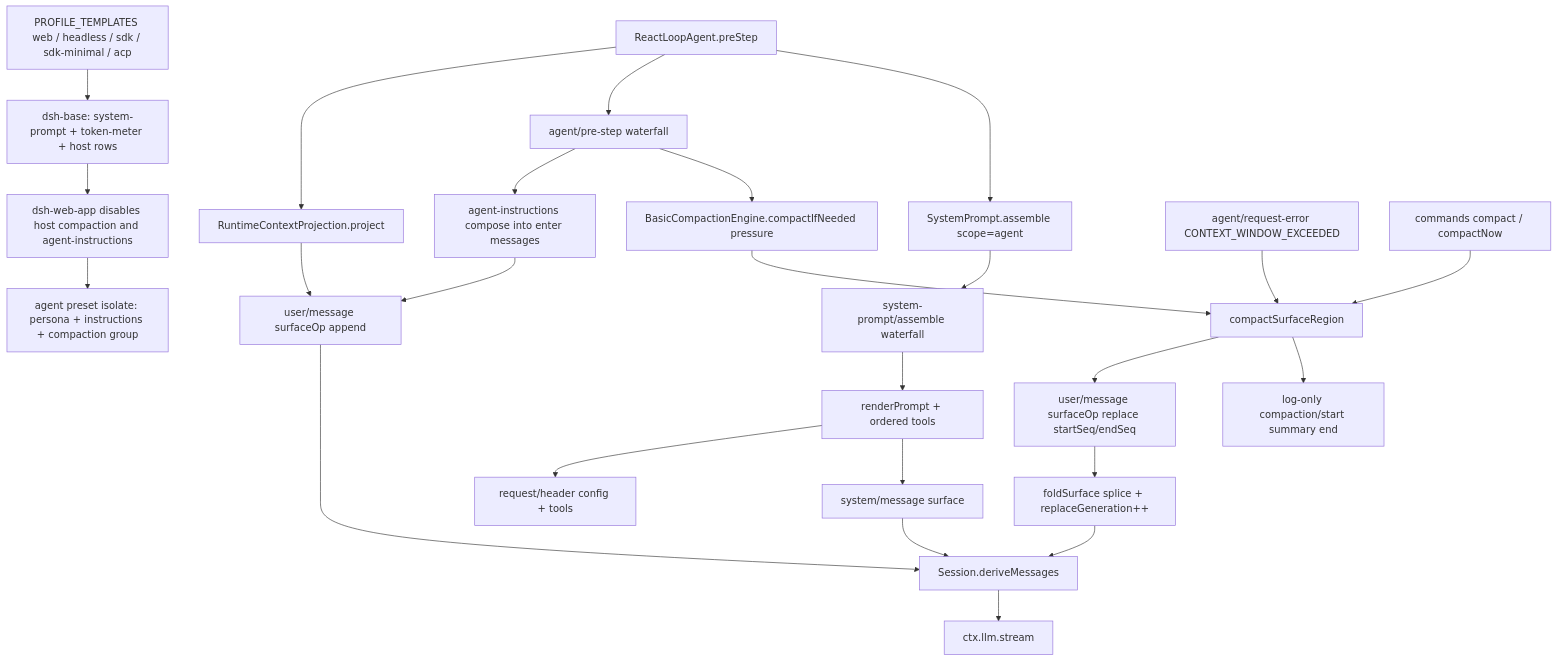
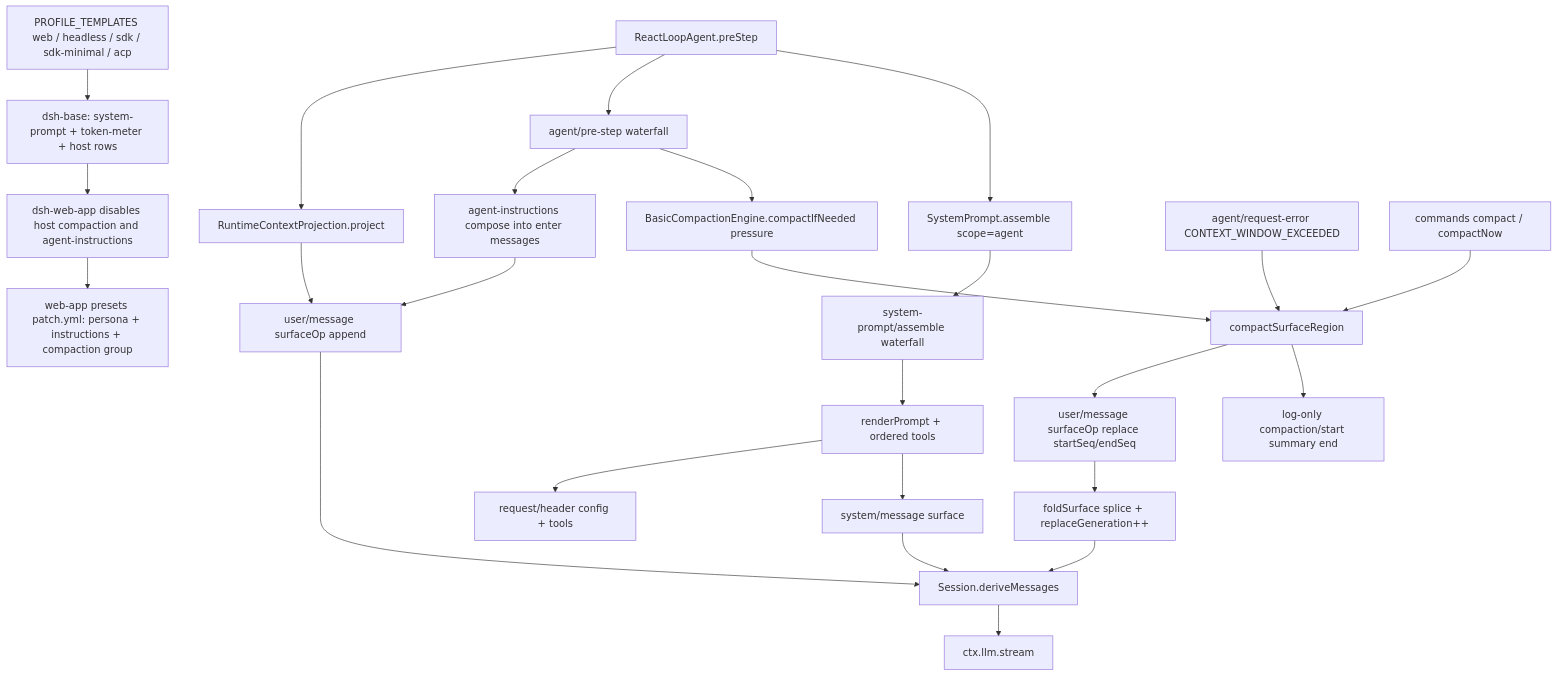
Before and after one commit to wdnmdtonyma/SOTA-Agent-LLM-Wiki: the diagram in docs/llm-wiki/deepseek-harness/spine/context-and-compaction.md, drawn with Mermaid. The commit also changed other lines of this file and 237 other files, not shown here.

````diff
--- a/docs/llm-wiki/deepseek-harness/spine/context-and-compaction.md
+++ b/docs/llm-wiki/deepseek-harness/spine/context-and-compaction.md
@@ -67,27 +67,27 @@
 ```mermaid
 flowchart TD
   Profile["PROFILE_TEMPLATES web / headless / sdk / sdk-minimal / acp"] --> Base["dsh-base: system-prompt + token-meter + host rows"]
   Base --> Web["dsh-web-app disables host compaction and agent-instructions"]
-  Web --> Preset["agent preset isolate: persona + instructions + compaction group"]
+  Web --> Preset["web-app presets patch.yml: persona + instructions + compaction group"]
   Loop["ReactLoopAgent.preStep"] --> Assemble["SystemPrompt.assemble scope=agent"]
   Assemble --> Waterfall["system-prompt/assemble waterfall"]
   Waterfall --> Render["renderPrompt + ordered tools"]
   Loop --> PreStep["agent/pre-step waterfall"]
   PreStep --> Pressure["BasicCompactionEngine.compactIfNeeded pressure"]
   PreStep --> Inject["agent-instructions compose into enter messages"]
   Loop --> Snapshot["RuntimeContextProjection.project"]
   Pressure --> Region["compactSurfaceRegion"]
   Overflow["agent/request-error CONTEXT_WINDOW_EXCEEDED"] --> Region
   Manual["commands compact / compactNow"] --> Region
   Region --> Markers["log-only compaction/start summary end"]
   Region --> Replace["user/message surfaceOp replace startSeq/endSeq"]
   Replace --> Fold["foldSurface splice + replaceGeneration++"]
   Fold --> Derive["Session.deriveMessages"]
   Render --> SysMsg["system/message surface"]
   Render --> Header["request/header config + tools"]
   Snapshot --> SurfaceAppend["user/message surfaceOp append"]
   Inject --> SurfaceAppend
   SysMsg --> Derive
   SurfaceAppend --> Derive
   Derive --> LLM["ctx.llm.stream"]
 ```
````
